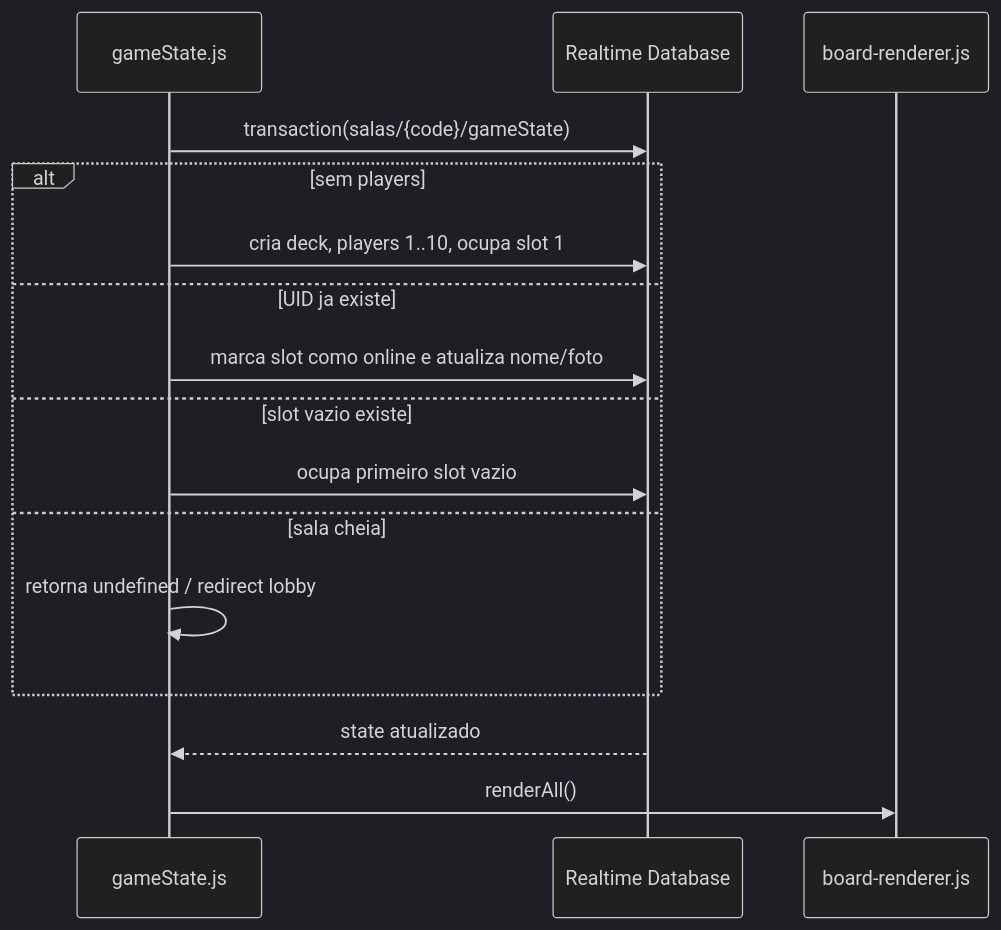
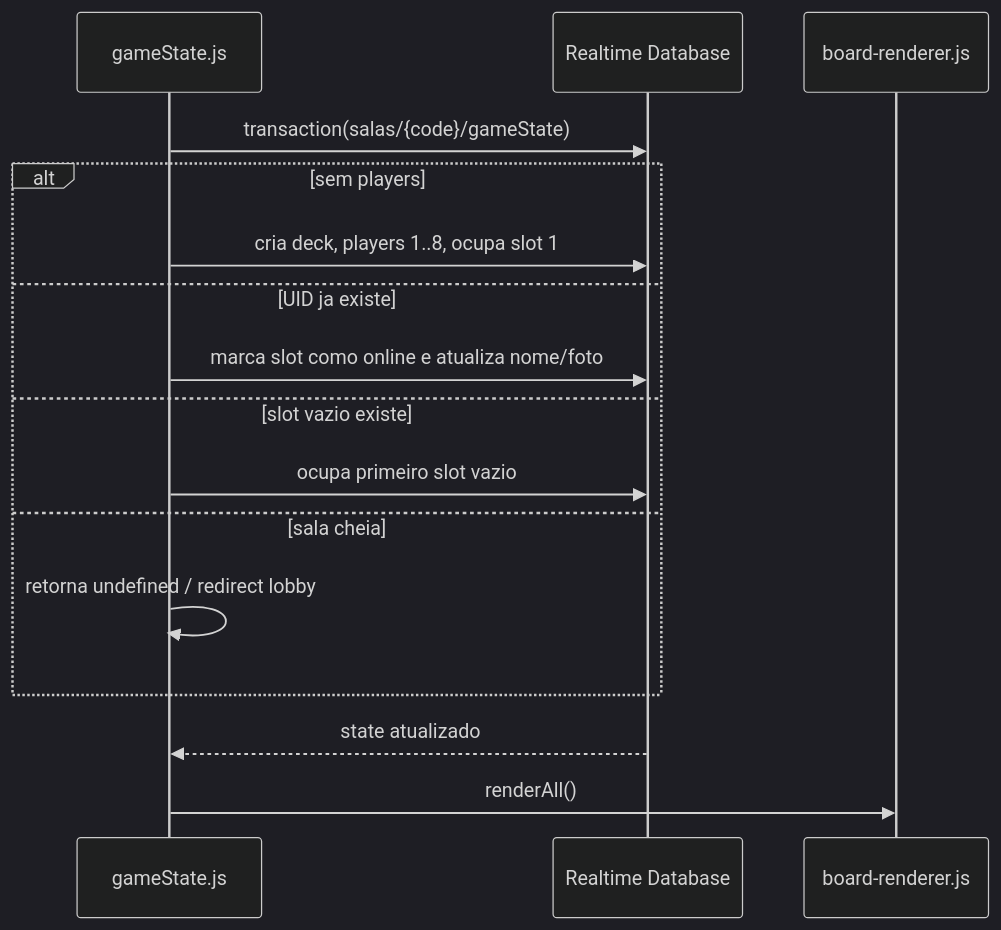
Before and after one commit to GabrielBarbosa0/Coup-Master: the fourth of 4 diagrams in docs/TDD.md, drawn with Mermaid (dark theme). The commit also changed other lines of this file and 8 other files, not shown here.

````diff
--- a/docs/TDD.md
+++ b/docs/TDD.md
@@ -756,19 +756,19 @@
 ```mermaid
 sequenceDiagram
   participant G as gameState.js
   participant DB as Realtime Database
   participant UI as board-renderer.js
 
   G->>DB: transaction(salas/{code}/gameState)
   alt sem players
-    G->>DB: cria deck, players 1..10, ocupa slot 1
+    G->>DB: cria deck, players 1..8, ocupa slot 1
   else UID ja existe
     G->>DB: marca slot como online e atualiza nome/foto
   else slot vazio existe
     G->>DB: ocupa primeiro slot vazio
   else sala cheia
     G->>G: retorna undefined / redirect lobby
   end
   DB-->>G: state atualizado
   G->>UI: renderAll()
 ```
````
